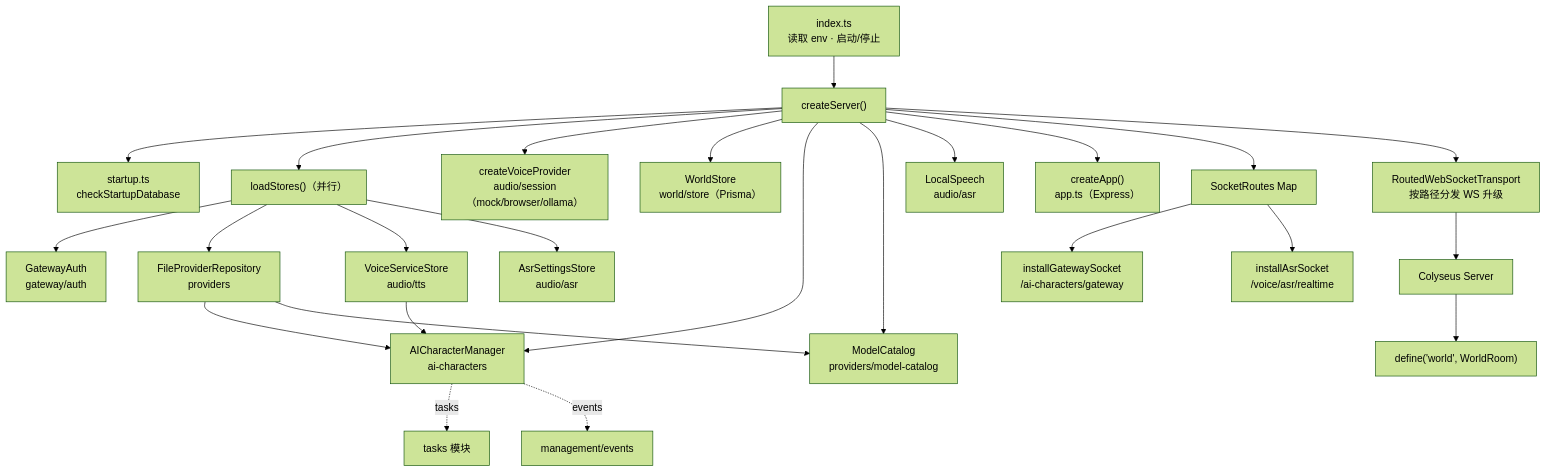
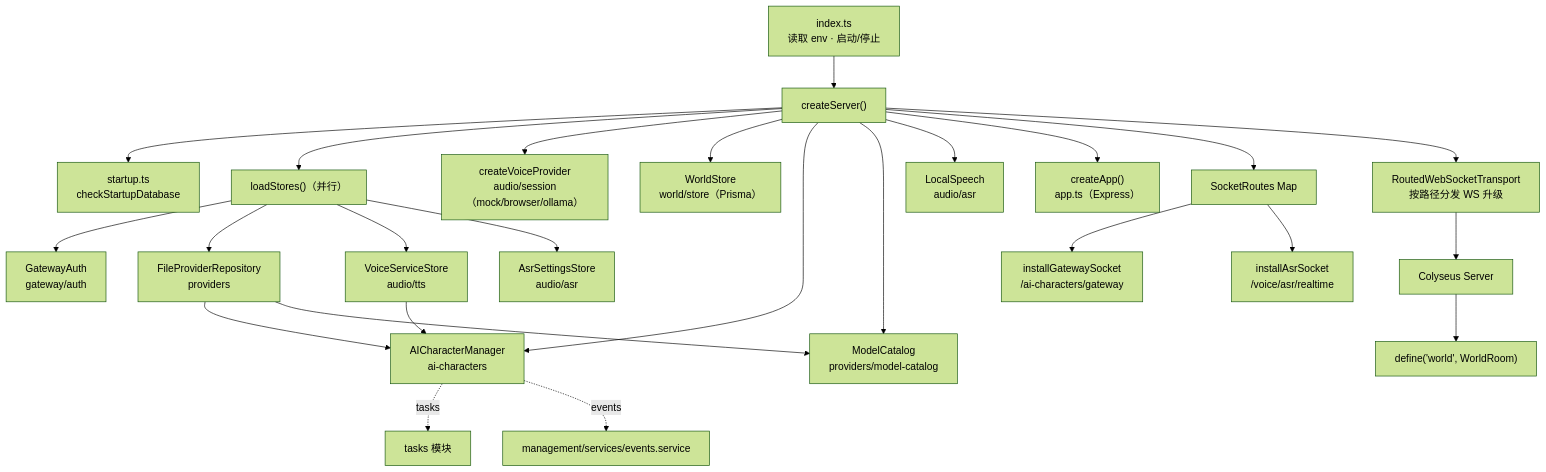
One commit to lulabs-org/embocraft changed the fourth of 14 diagrams in docs/guide/architecture-diagrams.md. Above: the diagram before and after it, drawn with Mermaid (forest theme). The commit also changed other lines of this file and 11 other files, not shown here.

Commit message:
refactor(server): align management module services and naming

````diff
--- a/docs/guide/architecture-diagrams.md
+++ b/docs/guide/architecture-diagrams.md
@@ -87,32 +87,32 @@
 ```mermaid
 graph TD
     Index["index.ts<br/>读取 env · 启动/停止"] --> Create["createServer()"]
 
     Create --> Startup["startup.ts<br/>checkStartupDatabase"]
     Create --> Stores["loadStores()（并行）"]
     Stores --> GA["GatewayAuth<br/>gateway/auth"]
     Stores --> PS["FileProviderRepository<br/>providers"]
     Stores --> VS["VoiceServiceStore<br/>audio/tts"]
     Stores --> AS["AsrSettingsStore<br/>audio/asr"]
 
     Create --> VP["createVoiceProvider<br/>audio/session（mock/browser/ollama）"]
     Create --> WS["WorldStore<br/>world/store（Prisma）"]
     Create --> ACM["AICharacterManager<br/>ai-characters"]
     Create --> MC["ModelCatalog<br/>providers/model-catalog"]
     Create --> LS["LocalSpeech<br/>audio/asr"]
 
     Create --> App["createApp()<br/>app.ts（Express）"]
     Create --> Sockets["SocketRoutes Map"]
     Sockets --> GWS["installGatewaySocket<br/>/ai-characters/gateway"]
     Sockets --> ASRS["installAsrSocket<br/>/voice/asr/realtime"]
 
     Create --> Transport["RoutedWebSocketTransport<br/>按路径分发 WS 升级"]
     Transport --> Colyseus["Colyseus Server"]
     Colyseus --> Room["define('world', WorldRoom)"]
 
     ACM -.->|tasks| Tasks["tasks 模块"]
-    ACM -.->|events| Events["management/events"]
+    ACM -.->|events| Events["management/services/events.service"]
     PS --> ACM
     VS --> ACM
     PS --> MC
 ```
````
